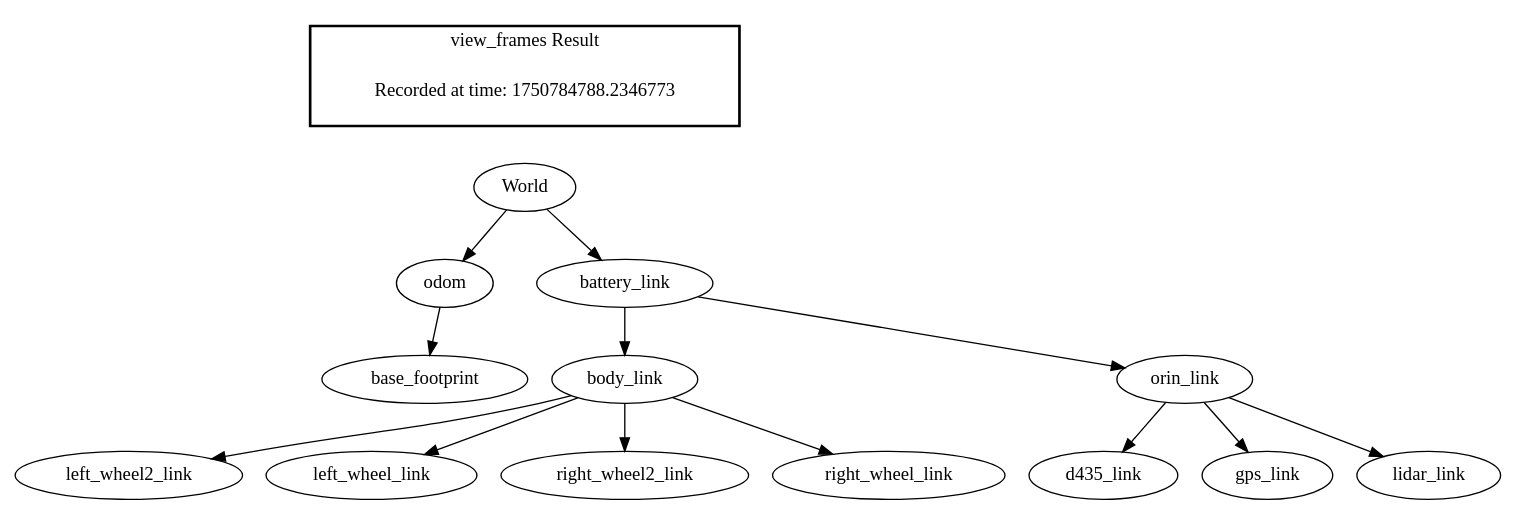
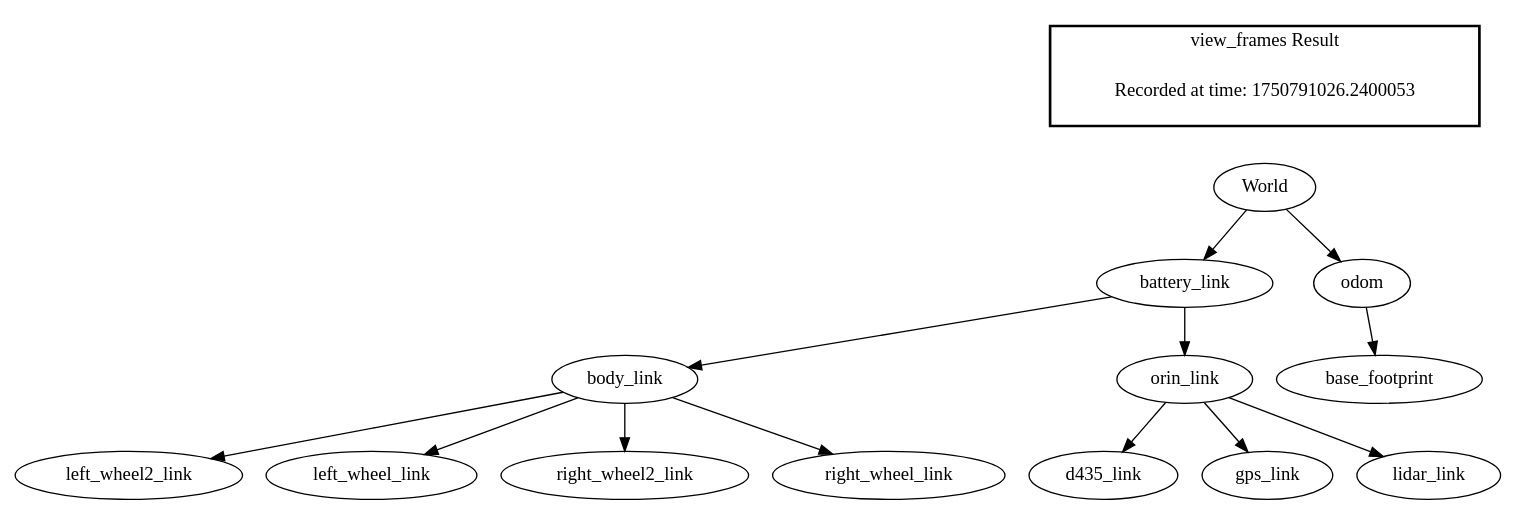
One commit to StuartGJohnson/differential_drive_test changed the diagram in sim_check/isaac/frames_isaacsim_clean.gv. Above: the diagram before and after it, drawn with Graphviz. The commit also changed 72 other files, not shown here.

```diff
--- a/sim_check/isaac/frames_isaacsim_clean.gv
+++ b/sim_check/isaac/frames_isaacsim_clean.gv
@@ -1,18 +1,18 @@
 digraph G {
-"World" -> "odom";
-"odom" -> "base_footprint";
 "World" -> "battery_link";
 "battery_link" -> "body_link";
 "battery_link" -> "orin_link";
 "body_link" -> "left_wheel2_link";
 "body_link" -> "left_wheel_link";
 "body_link" -> "right_wheel2_link";
 "body_link" -> "right_wheel_link";
 "orin_link" -> "d435_link";
 "orin_link" -> "gps_link";
 "orin_link" -> "lidar_link";
+"World" -> "odom";
+"odom" -> "base_footprint";
 edge [style=invis];
  subgraph cluster_legend { style=bold; color=black; label ="view_frames Result";
-"Recorded at time: 1750784788.2346773"[ shape=plaintext ] ;
+"Recorded at time: 1750791026.2400053"[ shape=plaintext ] ;
 }->"World";
 }
```
